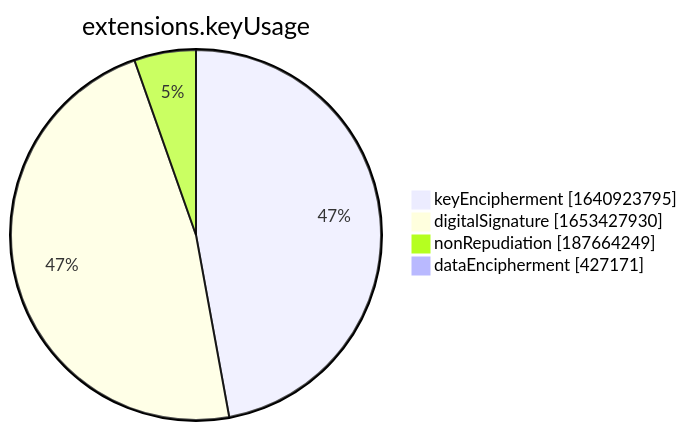
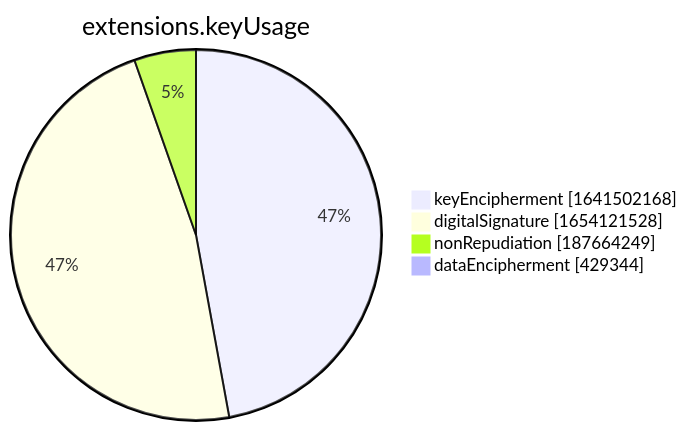
The seventh of 15 diagrams in xenon2022/README.md (christiankrug/ctmonitor_visualization), drawn with Mermaid before and after one commit. The commit also changed other lines of this file, not shown here.

````diff
--- a/xenon2022/README.md
+++ b/xenon2022/README.md
@@ -2856,8 +2856,8 @@
 ```mermaid
 pie showData
 title extensions.keyUsage
-"keyEncipherment" :1640923795
-"digitalSignature" :1653427930
+"keyEncipherment" :1641502168
+"digitalSignature" :1654121528
 "nonRepudiation" :187664249
-"dataEncipherment" :427171
+"dataEncipherment" :429344
 ```
````
